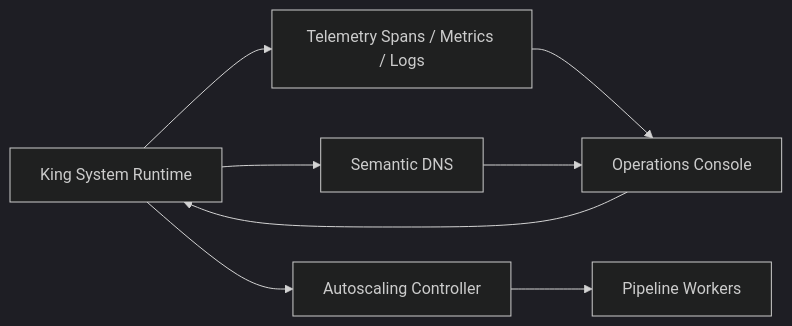
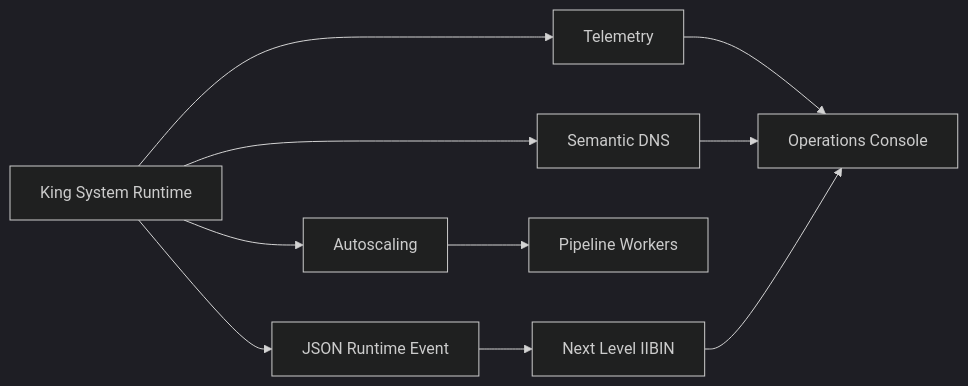
One commit to Intelligent-Intern/king changed diagram 12 of 12 in docs/e-invoicing-commerce-platform.md. Above: the diagram before and after it, drawn with Mermaid (dark theme). The commit also changed other lines of this file and 67 other files, not shown here.

````diff
--- a/docs/e-invoicing-commerce-platform.md
+++ b/docs/e-invoicing-commerce-platform.md
@@ -464,17 +653,16 @@
 ```mermaid
 flowchart LR
     Runtime[King System Runtime]
-    Telemetry[Telemetry Spans / Metrics / Logs]
-    Autoscaling[Autoscaling Controller]
+    Telemetry[Telemetry]
     DNS[Semantic DNS]
+    Scale[Autoscaling]
     Workers[Pipeline Workers]
     Ops[Operations Console]
+    Json[JSON Runtime Event]
+    Iibin[Next Level IIBIN]
 
-    Runtime --> Telemetry
-    Telemetry --> Ops
-    Runtime --> Autoscaling
-    Autoscaling --> Workers
-    Runtime --> DNS
-    DNS --> Ops
-    Ops --> Runtime
+    Runtime --> Telemetry --> Ops
+    Runtime --> DNS --> Ops
+    Runtime --> Scale --> Workers
+    Runtime --> Json --> Iibin --> Ops
 ```
````
